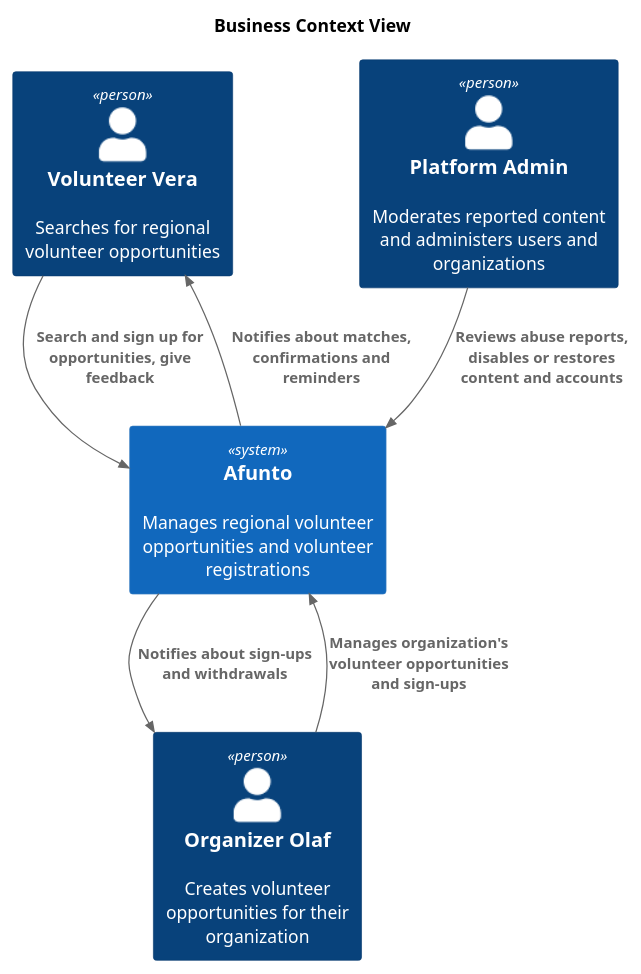
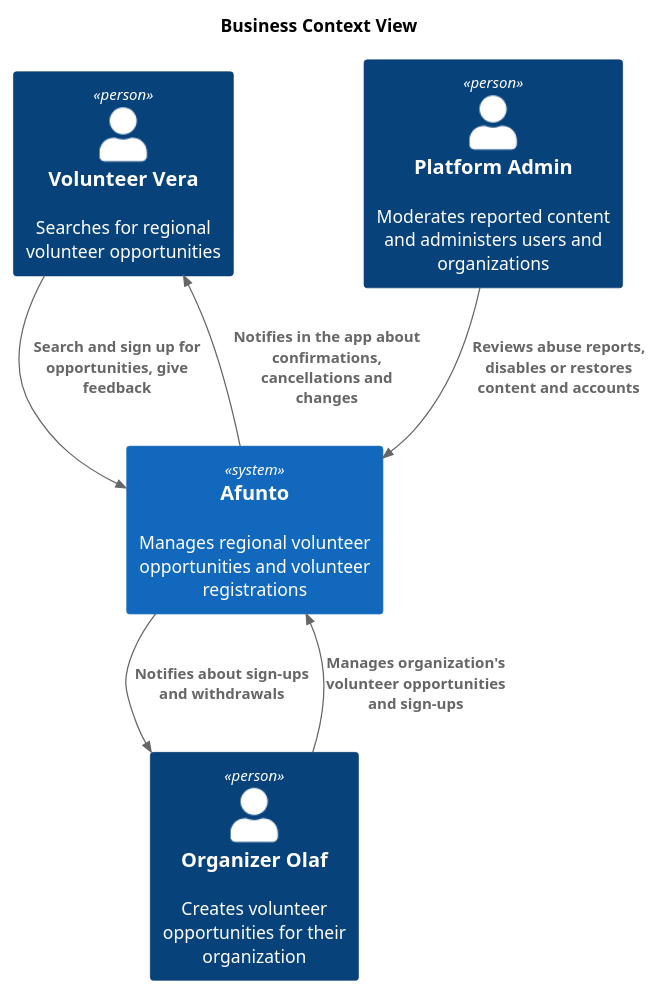
One commit to maik-hasler/afunto changed the diagram in docs/Architecture/images/business-context.puml. Above: the diagram before and after it, drawn with PlantUML. The commit also changed 165 other files, not shown here.

```diff
--- a/docs/Architecture/images/business-context.puml
+++ b/docs/Architecture/images/business-context.puml
@@ -1,19 +1,19 @@
 @startuml Business Context
 
 !include <C4/C4_Context>
 
 title Business Context View
 
 Person(volunteer, "Volunteer Vera", "Searches for regional volunteer opportunities")
 Person(organizer, "Organizer Olaf", "Creates volunteer opportunities for their organization")
 Person(admin, "Platform Admin", "Moderates reported content and administers users and organizations")
 
 System(afunto, "Afunto", "Manages regional volunteer opportunities and volunteer registrations")
 
 Rel(volunteer, afunto, "Search and sign up for opportunities, give feedback")
 Rel(organizer, afunto, "Manages organization's volunteer opportunities and sign-ups")
 Rel(admin, afunto, "Reviews abuse reports, disables or restores content and accounts")
-Rel(afunto, volunteer, "Notifies about matches, confirmations and reminders")
+Rel(afunto, volunteer, "Notifies in the app about confirmations, cancellations and changes")
 Rel(afunto, organizer, "Notifies about sign-ups and withdrawals")
 
 @enduml
```
